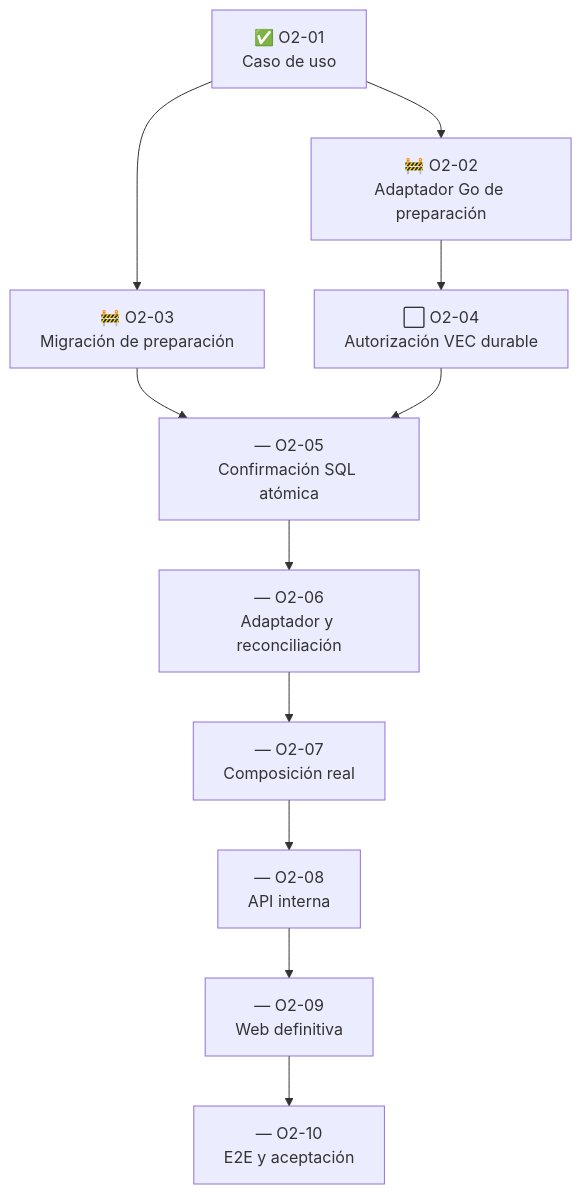
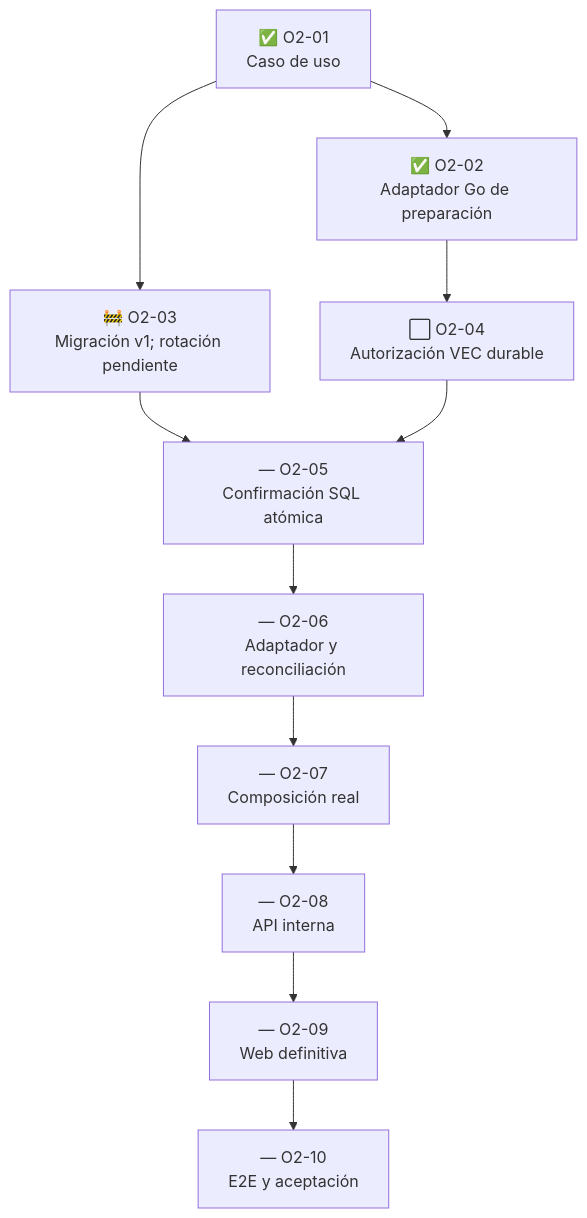
One commit to aavidad/VEC_Diputacion_app changed the second of 2 diagrams in docs/portal_vec/mapa_objetivos_tareas_y_paralelizacion_2026-07-23.md. Above: the diagram before and after it, drawn with Mermaid. The commit also changed other lines of this file and 2 other files, not shown here.

````diff
--- a/docs/portal_vec/mapa_objetivos_tareas_y_paralelizacion_2026-07-23.md
+++ b/docs/portal_vec/mapa_objetivos_tareas_y_paralelizacion_2026-07-23.md
@@ -54,24 +56,24 @@
 ```mermaid
 flowchart TD
     O201["✅ O2-01<br/>Caso de uso"]
-    O202["🚧 O2-02<br/>Adaptador Go de preparación"]
-    O203["🚧 O2-03<br/>Migración de preparación"]
+    O202["✅ O2-02<br/>Adaptador Go de preparación"]
+    O203["🚧 O2-03<br/>Migración v1; rotación pendiente"]
     O204["⬜ O2-04<br/>Autorización VEC durable"]
     O205["— O2-05<br/>Confirmación SQL atómica"]
     O206["— O2-06<br/>Adaptador y reconciliación"]
     O207["— O2-07<br/>Composición real"]
     O208["— O2-08<br/>API interna"]
     O209["— O2-09<br/>Web definitiva"]
     O210["— O2-10<br/>E2E y aceptación"]
 
     O201 --> O202
     O201 --> O203
     O202 --> O204
     O203 --> O205
     O204 --> O205
     O205 --> O206
     O206 --> O207
     O207 --> O208
     O208 --> O209
     O209 --> O210
 ```
````
